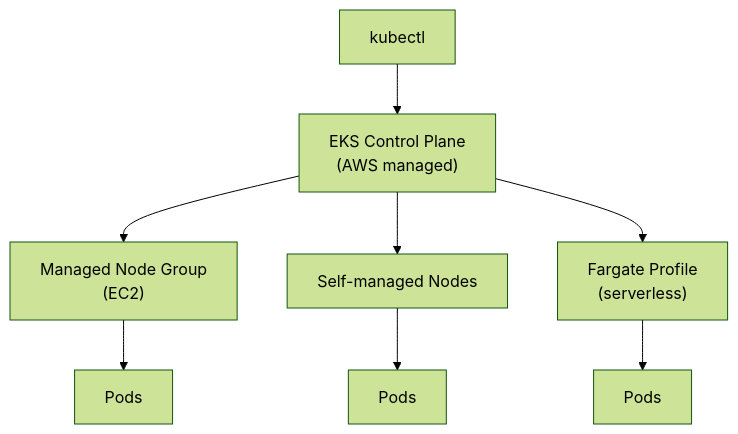
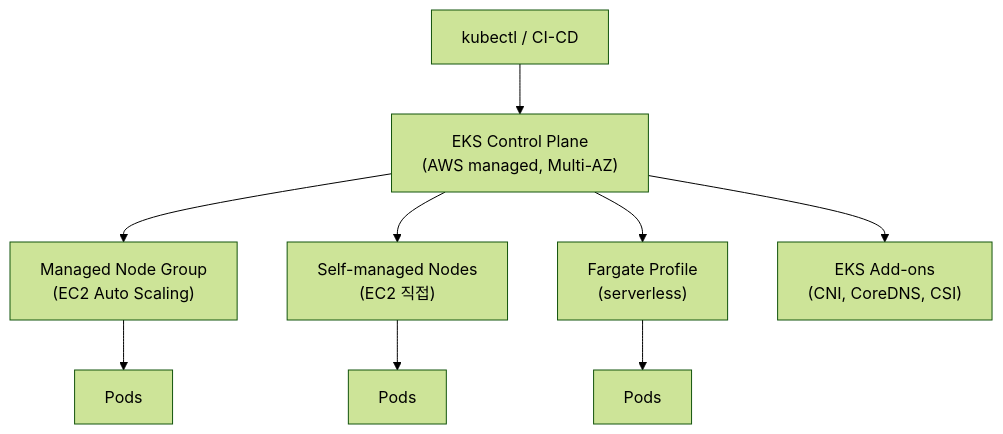
The first of 4 diagrams in src/content/wiki/cloud/aws-eks.mdx (shinkeonkim/shinkeonkim.github.io), drawn with Mermaid (forest theme) before and after one commit. The commit also changed other lines of this file and 526 other files, not shown here.

First line of the commit message:
content(wiki): 전수조사 및 대규모 보강 (짧은 파일 0, mermaid +645)

````diff
--- a/src/content/wiki/cloud/aws-eks.mdx
+++ b/src/content/wiki/cloud/aws-eks.mdx
@@ -18,10 +22,11 @@
 ```mermaid
 flowchart TB
-    User[kubectl] --> CP["EKS Control Plane<br/>(AWS managed)"]
-    CP --> NG["Managed Node Group<br/>(EC2)"]
-    CP --> SN[Self-managed Nodes]
-    CP --> FG["Fargate Profile<br/>(serverless)"]
+    User["kubectl / CI-CD"] --> CP["EKS Control Plane\n(AWS managed, Multi-AZ)"]
+    CP --> NG["Managed Node Group\n(EC2 Auto Scaling)"]
+    CP --> SN["Self-managed Nodes\n(EC2 직접)"]
+    CP --> FG["Fargate Profile\n(serverless)"]
     NG --> Pods1[Pods]
     SN --> Pods2[Pods]
     FG --> Pods3[Pods]
+    CP --> Addons["EKS Add-ons\n(CNI, CoreDNS, CSI)"]
 ```
````
